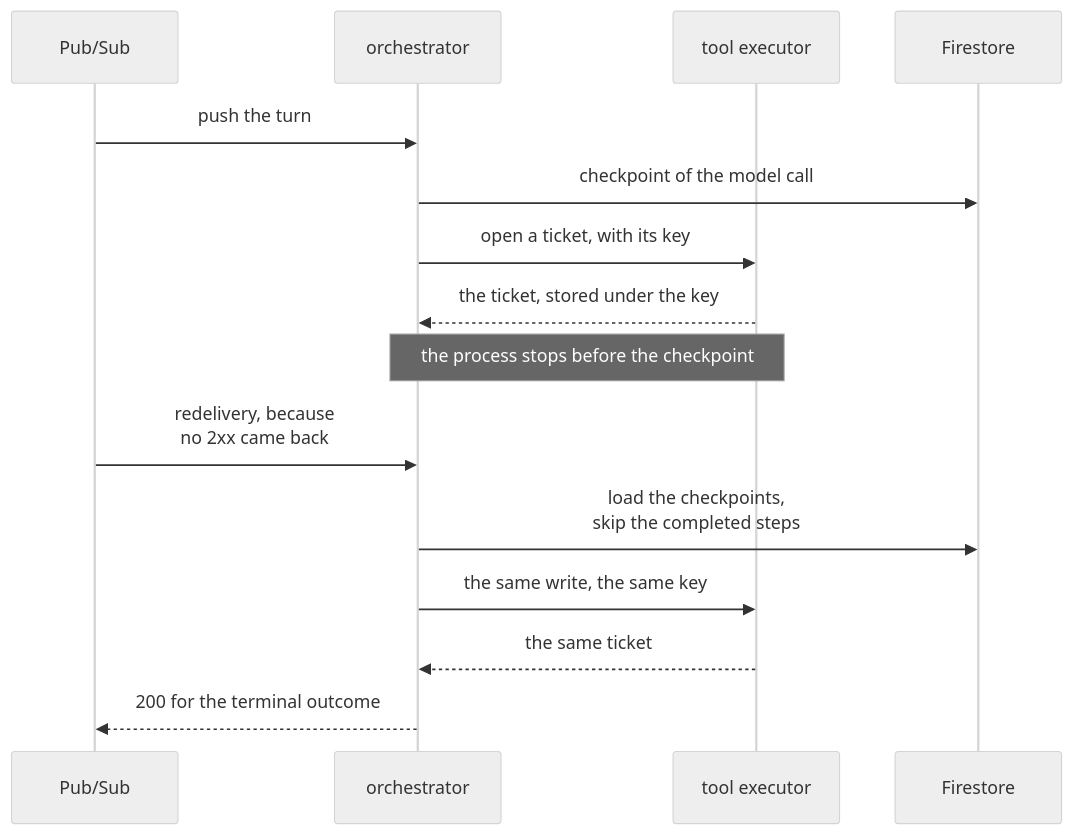
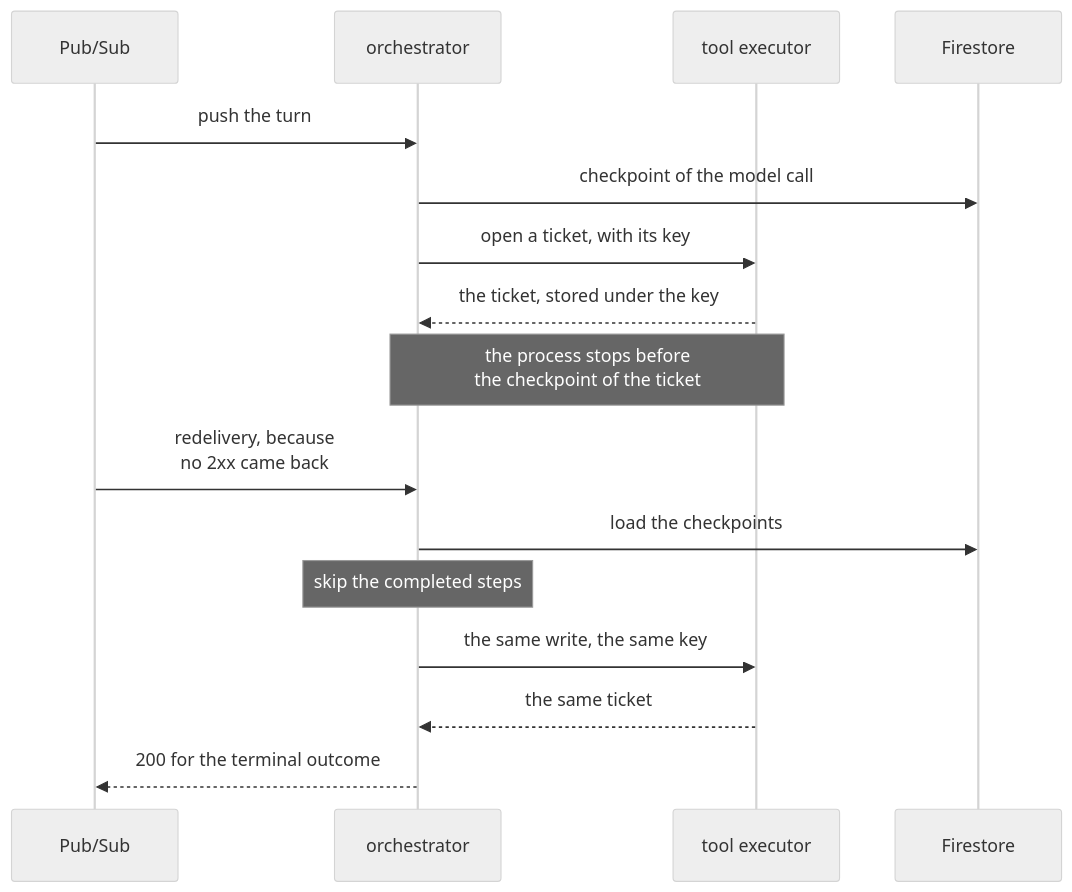
Before and after one commit to aniryou/full-stack-agentic-engineer: the second of 3 diagrams in 06-gateway/scaling-admission-cost/agentic-scaling-lab/docs/01-scaling-primer.md, drawn with Mermaid (neutral theme). The commit also changed other lines of this file and 1 other file, not shown here.

First line of the commit message:
WIP snapshot: the figure round (charts, improvements, additions) in progress (2026-10-30T17:32:26Z); not validated [skip ci]

````diff
--- a/06-gateway/scaling-admission-cost/agentic-scaling-lab/docs/01-scaling-primer.md
+++ b/06-gateway/scaling-admission-cost/agentic-scaling-lab/docs/01-scaling-primer.md
@@ -450,17 +454,18 @@
 ```mermaid
 sequenceDiagram
     participant P as Pub/Sub
     participant O as orchestrator
     participant T as tool executor
     participant F as Firestore
     P->>O: push the turn
     O->>F: checkpoint of the model call
     O->>T: open a ticket, with its key
     T-->>O: the ticket, stored under the key
-    Note over O,T: the process stops before the checkpoint
+    Note over O,T: the process stops before<br/>the checkpoint of the ticket
     P->>O: redelivery, because<br/>no 2xx came back
-    O->>F: load the checkpoints,<br/>skip the completed steps
+    O->>F: load the checkpoints
+    Note over O: skip the completed steps
     O->>T: the same write, the same key
     T-->>O: the same ticket
     O-->>P: 200 for the terminal outcome
 ```
````
